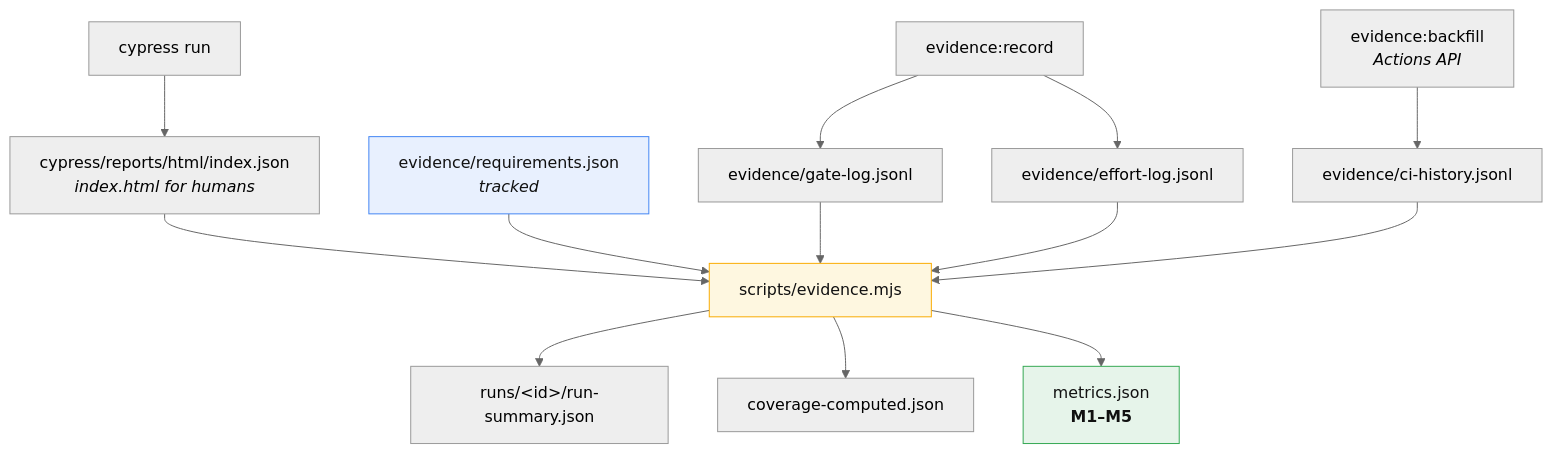
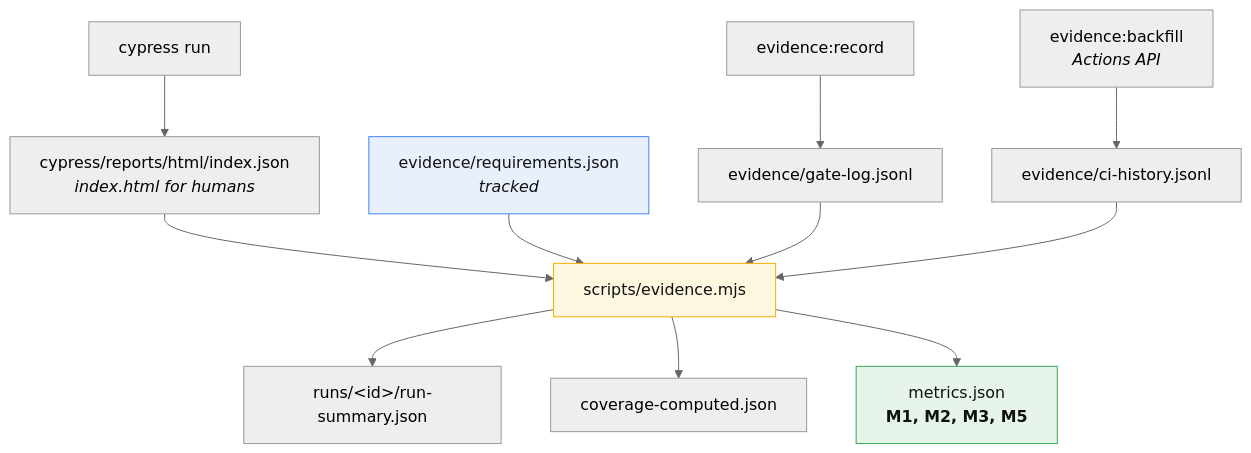
Before and after one commit to lfyagya/AI-Agentic-Test-Development: the sixth of 6 diagrams in docs/START-HERE.md, drawn with Mermaid (neutral theme). The commit also changed other lines of this file and 4 other files, not shown here.

````diff
--- a/docs/START-HERE.md
+++ b/docs/START-HERE.md
@@ -569,21 +569,19 @@
 ```mermaid
 flowchart TD
     RUN["cypress run"] --> RPT["cypress/reports/html/index.json<br/><i>index.html for humans</i>"]
     RPT --> EV["scripts/evidence.mjs"]
     REQ["evidence/requirements.json<br/><i>tracked</i>"] --> EV
     GATE["evidence/gate-log.jsonl"] --> EV
     CIH["evidence/ci-history.jsonl"] --> EV
-    EFF["evidence/effort-log.jsonl"] --> EV
 
     EV --> RS["runs/&lt;id&gt;/run-summary.json"]
     EV --> COV["coverage-computed.json"]
-    EV --> MET["metrics.json<br/><b>M1–M5</b>"]
+    EV --> MET["metrics.json<br/><b>M1, M2, M3, M5</b>"]
 
     REC["evidence:record"] --> GATE
-    REC --> EFF
     BF["evidence:backfill<br/><i>Actions API</i>"] --> CIH
 
     style EV fill:#fef7e0,stroke:#f9ab00,color:#111
     style MET fill:#e6f4ea,stroke:#34a853,color:#111
     style REQ fill:#e8f0fe,stroke:#4285f4,color:#111
 ```
````
